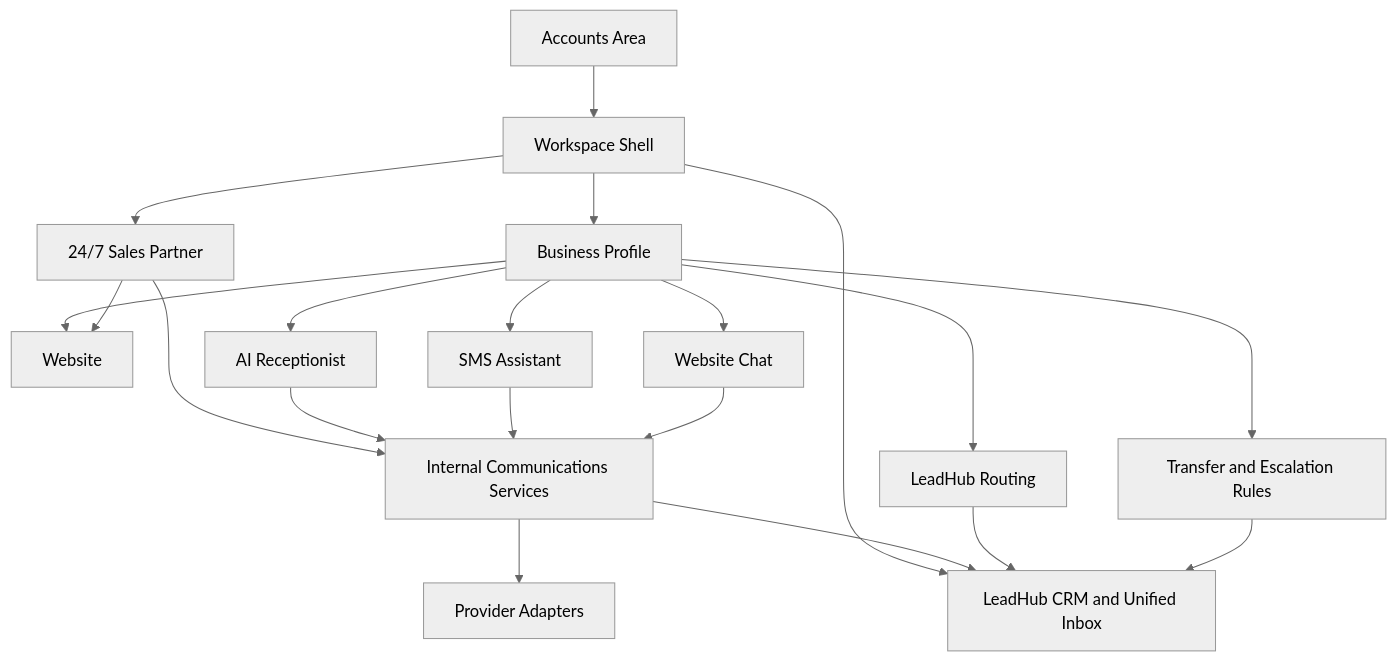
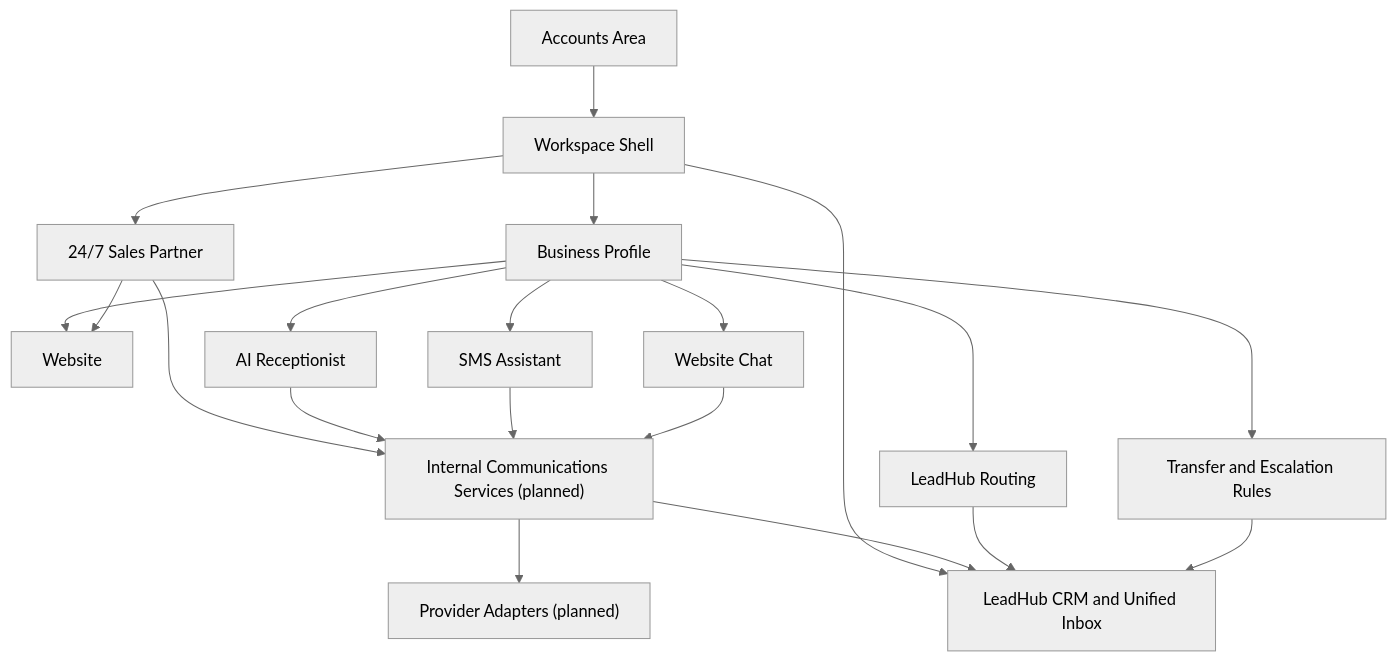
The diagram in docs/application-shell.md (fvd8383/ultimate-back-office), drawn with Mermaid (neutral theme) before and after one commit. The commit also changed other lines of this file and 14 other files, not shown here.

Commit message:
Align 247SP product, pricing, EMD lifecycle, and roadmap

````diff
--- a/docs/application-shell.md
+++ b/docs/application-shell.md
@@ -120,36 +120,36 @@
 ```mermaid
 flowchart TD
   Account["Accounts Area"]
   Workspace["Workspace Shell"]
   BusinessProfile["Business Profile"]
   SalesPartner["24/7 Sales Partner"]
   LeadHub["LeadHub CRM and Unified Inbox"]
   Website["Website"]
   AIReceptionist["AI Receptionist"]
   SMSAssistant["SMS Assistant"]
   WebsiteChat["Website Chat"]
   Routing["LeadHub Routing"]
   Rules["Transfer and Escalation Rules"]
-  Comms["Internal Communications Services"]
-  Providers["Provider Adapters"]
+  Comms["Internal Communications Services (planned)"]
+  Providers["Provider Adapters (planned)"]
 
   Account --> Workspace
   Workspace --> BusinessProfile
   Workspace --> SalesPartner
   Workspace --> LeadHub
   BusinessProfile --> Website
   BusinessProfile --> AIReceptionist
   BusinessProfile --> SMSAssistant
   BusinessProfile --> WebsiteChat
   BusinessProfile --> Routing
   BusinessProfile --> Rules
   SalesPartner --> Website
   SalesPartner --> Comms
   AIReceptionist --> Comms
   SMSAssistant --> Comms
   WebsiteChat --> Comms
   Comms --> Providers
   Comms --> LeadHub
   Routing --> LeadHub
   Rules --> LeadHub
 ```
````
